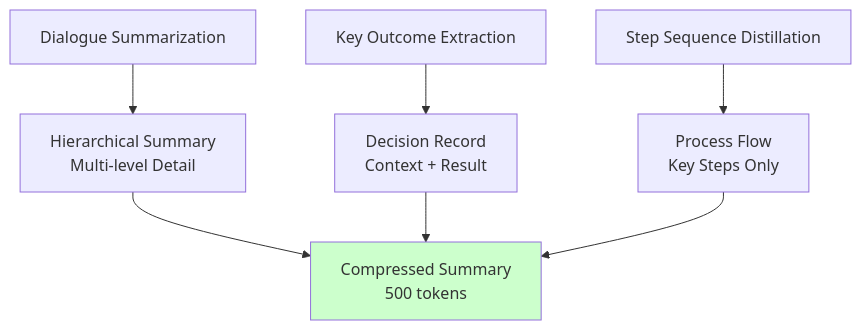
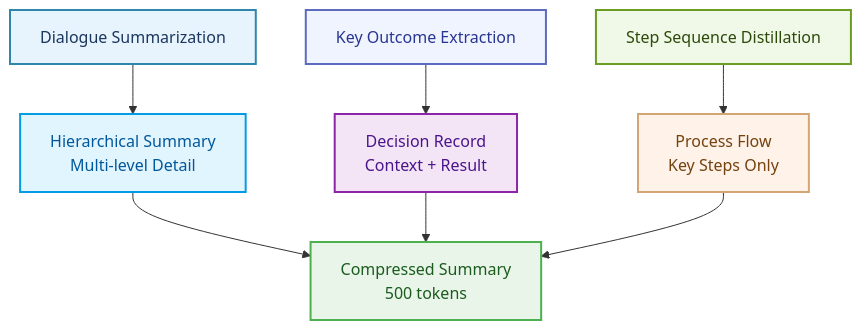
The eighth of 17 diagrams in reference/technical-articles/2025-06-29-context-management-llm-agents.md (raphaelmansuy/digital_palace), drawn with Mermaid before and after one commit. The commit also changed other lines of this file, not shown here.

Commit message:
feat: enhance flowchart styles for improved visual clarity and consistency

````diff
--- a/reference/technical-articles/2025-06-29-context-management-llm-agents.md
+++ b/reference/technical-articles/2025-06-29-context-management-llm-agents.md
@@ -301,12 +334,18 @@
 ```mermaid
 flowchart TD
     A[Dialogue Summarization] --> D[Hierarchical Summary<br/>Multi-level Detail]
     B[Key Outcome Extraction] --> E[Decision Record<br/>Context + Result]
     C[Step Sequence Distillation] --> F[Process Flow<br/>Key Steps Only]
     
     D --> G[Compressed Summary<br/>500 tokens]
     E --> G
     F --> G
     
-    style G fill:#ccffcc
+    style A fill:#E8F4FD,stroke:#2E86AB,stroke-width:2px,color:#1A365D
+    style B fill:#F0F4FF,stroke:#5C6BC0,stroke-width:2px,color:#283593
+    style C fill:#F0F9E8,stroke:#6B9C23,stroke-width:2px,color:#2D4A0A
+    style D fill:#E1F5FE,stroke:#039BE5,stroke-width:2px,color:#01579B
+    style E fill:#F3E5F5,stroke:#8E24AA,stroke-width:2px,color:#4A148C
+    style F fill:#FFF2E8,stroke:#D4A574,stroke-width:2px,color:#744210
+    style G fill:#E8F5E8,stroke:#4CAF50,stroke-width:2px,color:#1B5C1E
 ```
````
